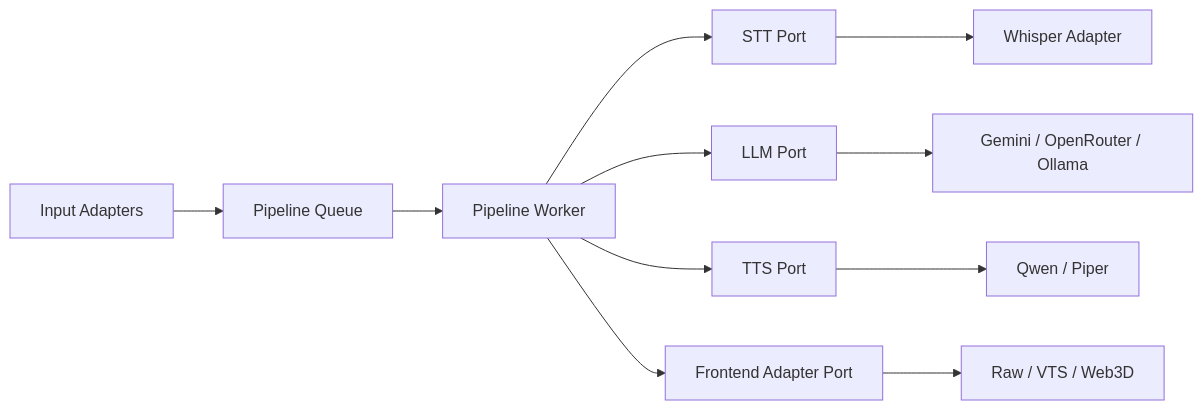
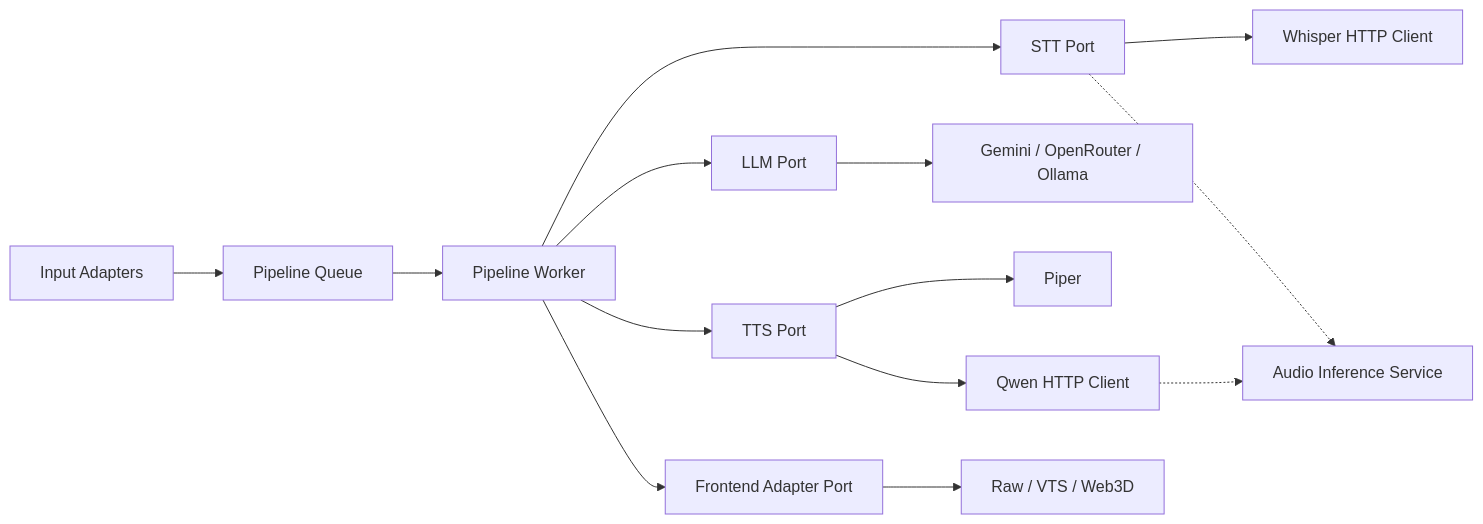
The second of 6 diagrams in docs/03_ARCHITECTURE.md (Jonathan0823/VoxaLive), drawn with Mermaid before and after one commit. The commit also changed other lines of this file and 1 other file, not shown here.

Commit message:
docs: update architecture and config docs for audio service
Reflect the new audio-inference service boundary, STT/TTS
separation, and updated config schema.

```diff
--- a/docs/03_ARCHITECTURE.md
+++ b/docs/03_ARCHITECTURE.md
@@ -43,14 +45,18 @@
 ~~~mermaid
 flowchart LR
     Inputs[Input Adapters] --> Queue[Pipeline Queue]
     Queue --> Worker[Pipeline Worker]
     Worker --> STT[STT Port]
     Worker --> LLM[LLM Port]
     Worker --> TTS[TTS Port]
     Worker --> Frontend[Frontend Adapter Port]
 
-    STT --> STTAdapter[Whisper Adapter]
+    STT --> STTAdapter[Whisper HTTP Client]
     LLM --> LLMAdapters[Gemini / OpenRouter / Ollama]
-    TTS --> TTSAdapters[Qwen / Piper]
+    TTS --> TTSAdapters[Piper]
+    TTS --> TTSHTTP[Qwen HTTP Client]
     Frontend --> OutputAdapters[Raw / VTS / Web3D]
+
+    STT -.-> AudioService[Audio Inference Service]
+    TTSHTTP -.-> AudioService
 ~~~
```
